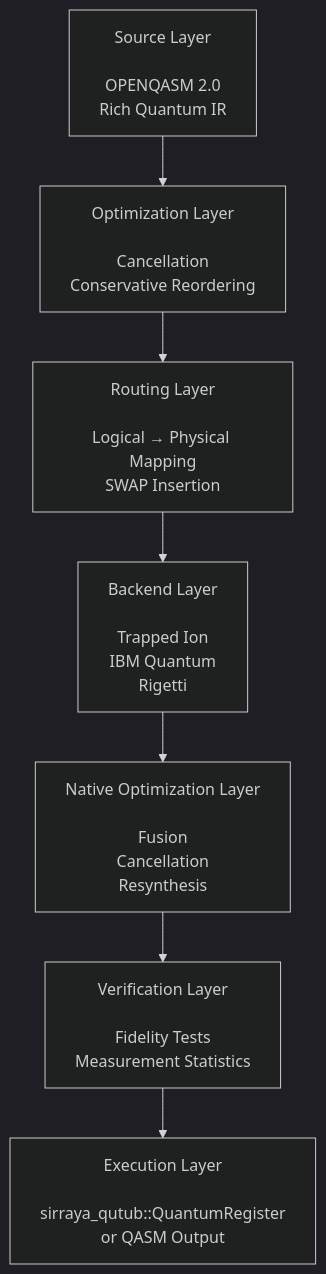
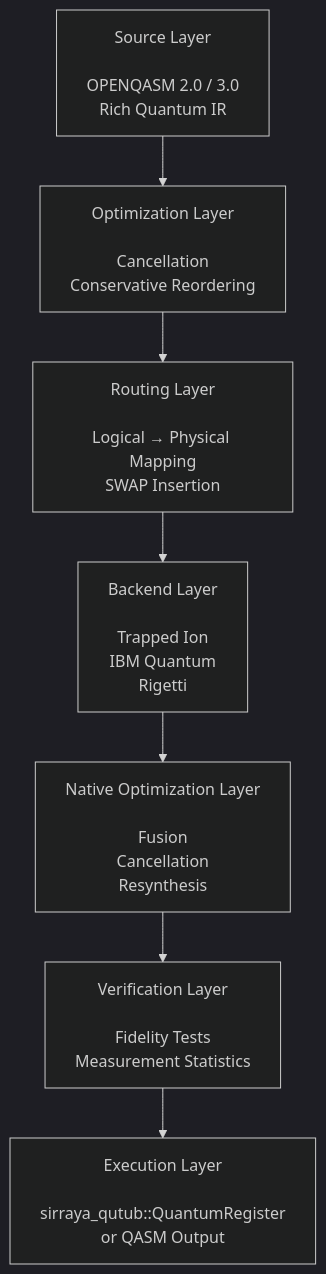
The ninth of 9 diagrams in ARCHITECTURE.md (sirraya-labs/QuTub-Transpiler), drawn with Mermaid (dark theme) before and after one commit. The commit also changed other lines of this file and 13 other files, not shown here.

````diff
--- a/ARCHITECTURE.md
+++ b/ARCHITECTURE.md
@@ -1401,23 +1426,23 @@
 ```mermaid
 flowchart TD
-    SOURCE["Source Layer<br/><br/>OPENQASM 2.0<br/>Rich Quantum IR"]
+    SOURCE["Source Layer<br/><br/>OPENQASM 2.0 / 3.0<br/>Rich Quantum IR"]
 
     OPT["Optimization Layer<br/><br/>Cancellation<br/>Conservative Reordering"]
 
     ROUTING["Routing Layer<br/><br/>Logical → Physical Mapping<br/>SWAP Insertion"]
 
     BACKEND["Backend Layer<br/><br/>Trapped Ion<br/>IBM Quantum<br/>Rigetti"]
 
     NATIVE["Native Optimization Layer<br/><br/>Fusion<br/>Cancellation<br/>Resynthesis"]
 
     VERIFY["Verification Layer<br/><br/>Fidelity Tests<br/>Measurement Statistics"]
 
     EXEC["Execution Layer<br/><br/>sirraya_qutub::QuantumRegister<br/>or QASM Output"]
 
     SOURCE --> OPT
     OPT --> ROUTING
     ROUTING --> BACKEND
     BACKEND --> NATIVE
     NATIVE --> VERIFY
     VERIFY --> EXEC
 ```
````
